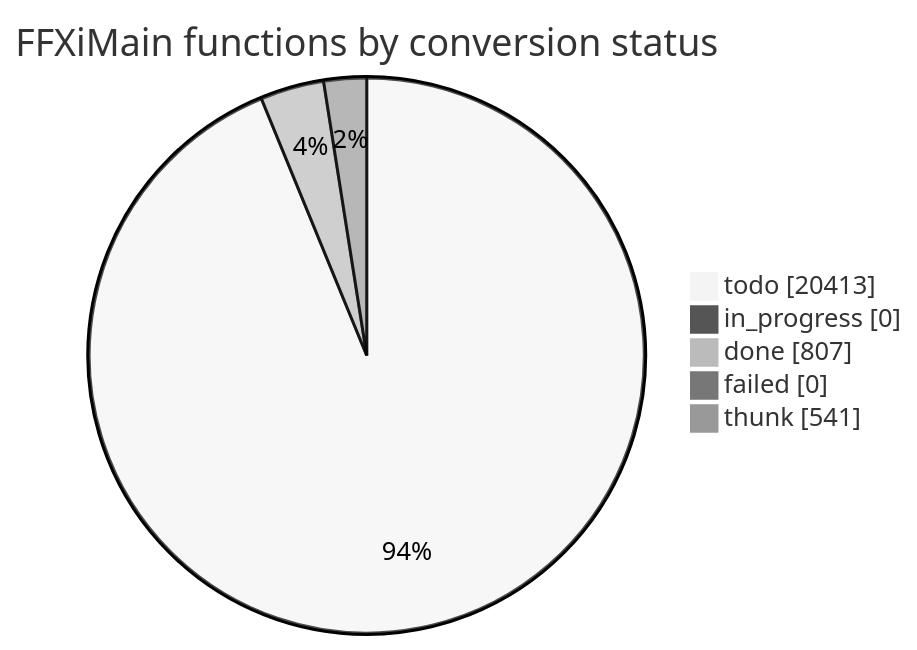
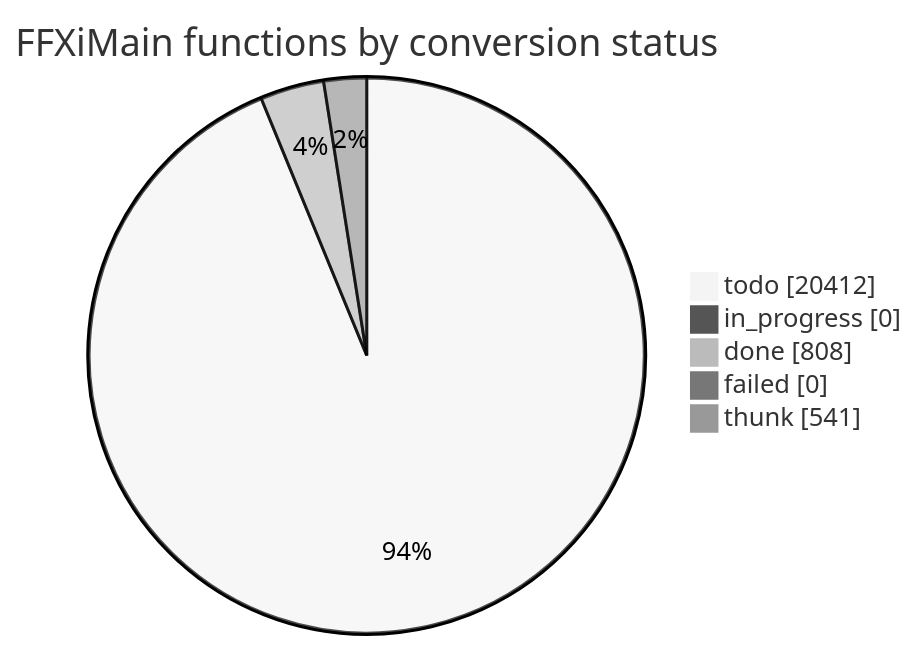
Before and after one commit to cowrevenge/cow_kuluu_xi_anything: the diagram in docs/cow/STATUS.md, drawn with Mermaid (neutral theme). The commit also changed other lines of this file and 9 other files, not shown here.

````diff
--- a/docs/cow/STATUS.md
+++ b/docs/cow/STATUS.md
@@ -18,9 +18,9 @@
 ```mermaid
 pie showData
     title FFXiMain functions by conversion status
-    "todo" : 20413
+    "todo" : 20412
     "in_progress" : 0
-    "done" : 807
+    "done" : 808
     "failed" : 0
     "thunk" : 541
 ```
````
